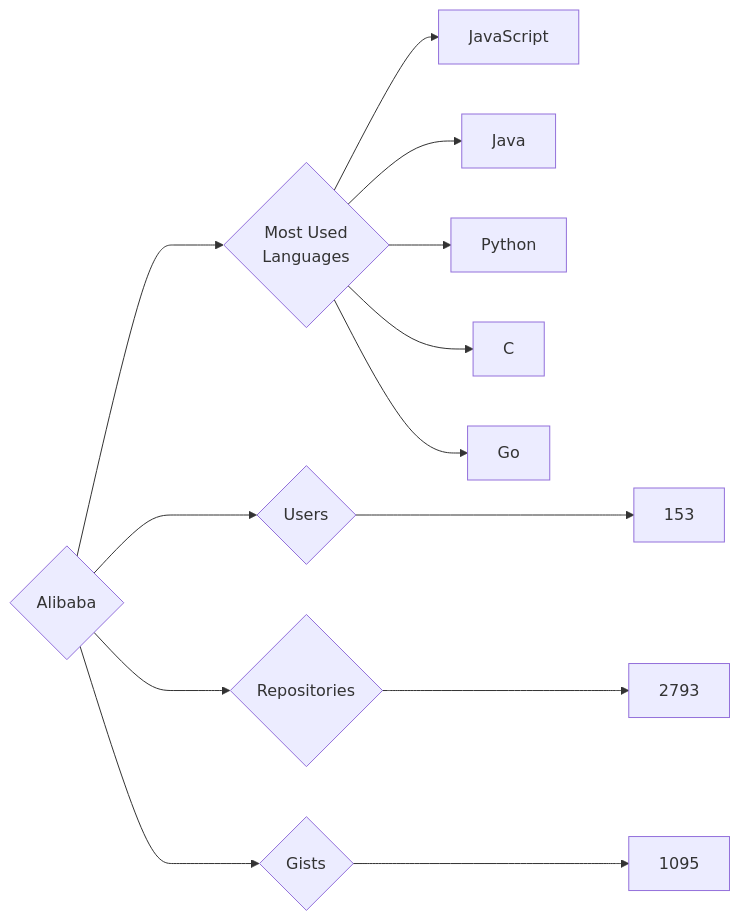
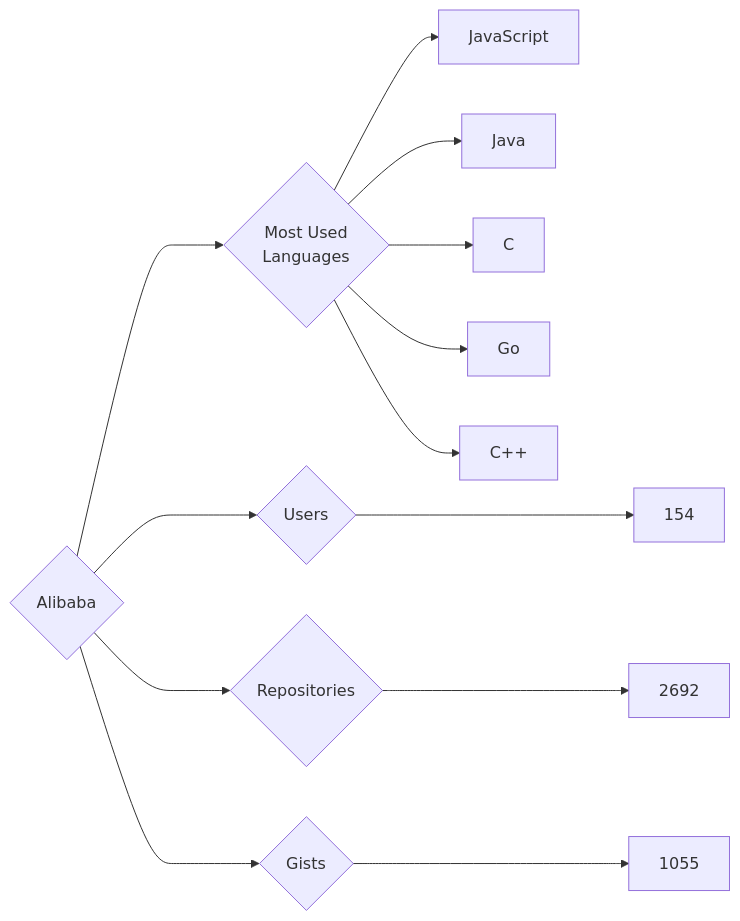
One commit to trickest/insiders changed the diagram in targets/Alibaba/README.md. Above: the diagram before and after it, drawn with Mermaid. The commit also changed 930 other files, not shown here.

````diff
--- a/targets/Alibaba/README.md
+++ b/targets/Alibaba/README.md
@@ -3,13 +3,13 @@
 ```mermaid
 graph LR
 COMPANY_NAME{Alibaba}
-COMPANY_NAME ---> U{Users} ---> UN[153]
-COMPANY_NAME ---> R{Repositories} ---> RN[2793]
-COMPANY_NAME ---> G{Gists} ---> GN[1095]
+COMPANY_NAME ---> U{Users} ---> UN[154]
+COMPANY_NAME ---> R{Repositories} ---> RN[2692]
+COMPANY_NAME ---> G{Gists} ---> GN[1055]
 COMPANY_NAME ---> ML{Most Used<br>Languages}
 ML --> JavaScript[JavaScript]
 ML --> Java[Java]
-ML --> Python[Python]
 ML --> C[C]
 ML --> Go[Go]
+ML --> C++[C++]
 ```
````
